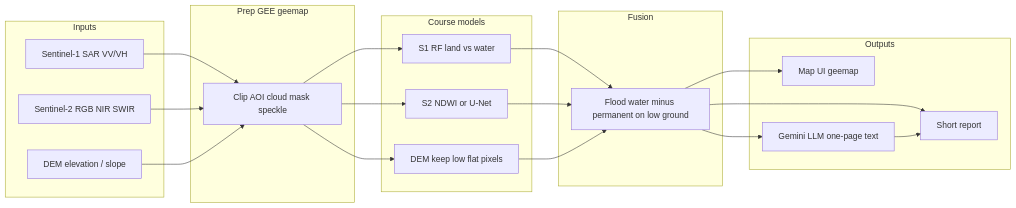
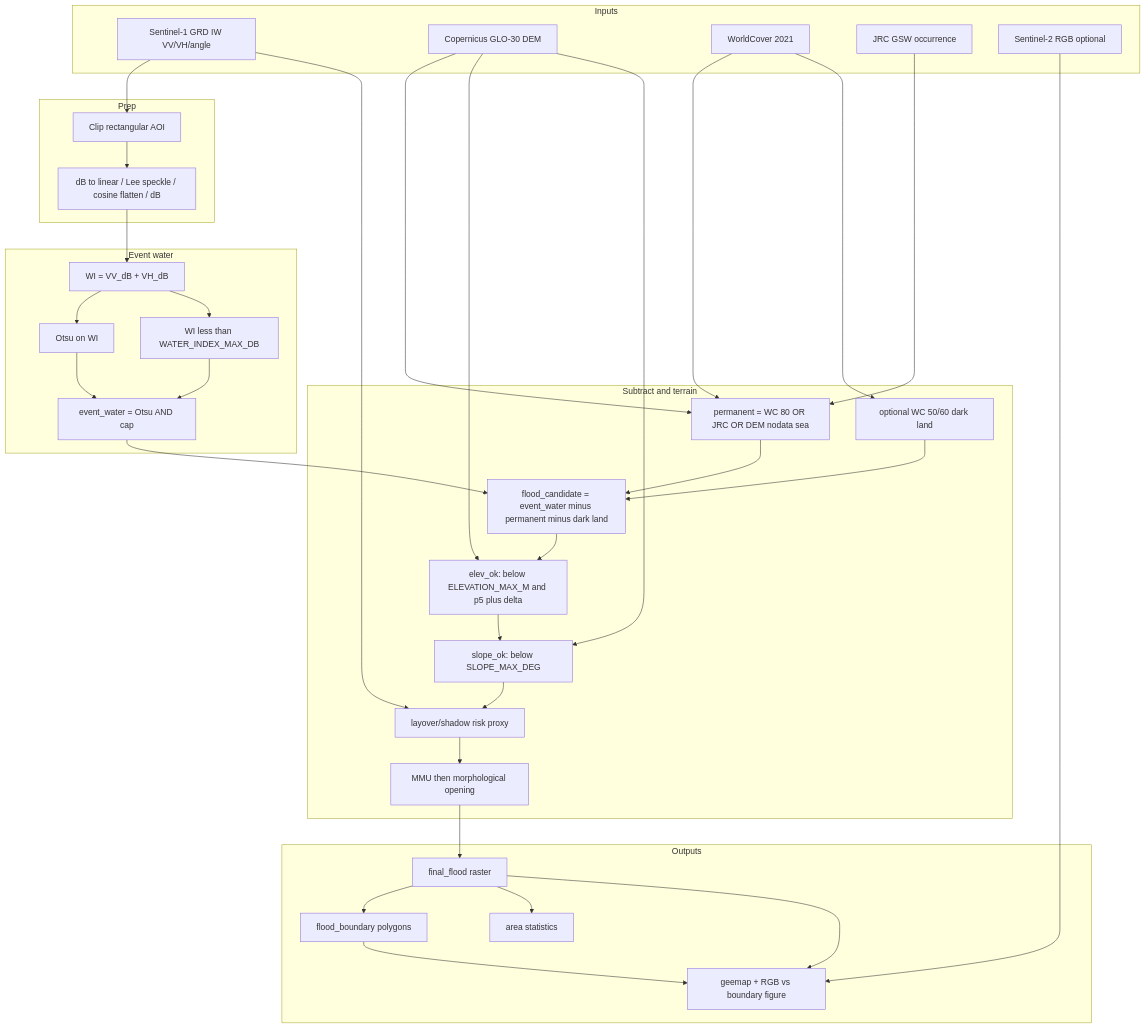
One commit to uoa-gis/GIS changed the diagram in README.md. Above: the diagram before and after it, drawn with Mermaid. The commit also changed other lines of this file and 3 other files, not shown here.

````diff
--- a/README.md
+++ b/README.md
@@ -46,37 +60,54 @@
 ```mermaid
-flowchart LR
+flowchart TD
   subgraph IN["Inputs"]
-    S1["Sentinel-1 SAR VV/VH"]
-    S2["Sentinel-2 RGB NIR SWIR"]
-    DEM["DEM elevation / slope"]
+    S1["Sentinel-1 GRD IW VV/VH/angle"]
+    DEM["Copernicus GLO-30 DEM"]
+    WC["WorldCover 2021"]
+    JRC["JRC GSW occurrence"]
+    S2["Sentinel-2 RGB optional"]
   end
-  subgraph PRE["Prep GEE geemap"]
-    A["Clip AOI cloud mask speckle"]
+  subgraph PRE["Prep"]
+    CLIP["Clip rectangular AOI"]
+    LEE["dB to linear / Lee speckle / cosine flatten / dB"]
   end
-  subgraph AI["Course models"]
-    B["S1 RF land vs water"]
-    C["S2 NDWI or U-Net"]
-    D["DEM keep low flat pixels"]
+  subgraph WTR["Event water"]
+    WI["WI = VV_dB + VH_dB"]
+    OTSU["Otsu on WI"]
+    CAP["WI less than WATER_INDEX_MAX_DB"]
+    EW["event_water = Otsu AND cap"]
   end
-  subgraph Fusion["Fusion"]
-    E["Flood water minus permanent on low ground"]
+  subgraph MASK["Subtract and terrain"]
+    PERM["permanent = WC 80 OR JRC OR DEM nodata sea"]
+    DARK["optional WC 50/60 dark land"]
+    CAND["flood_candidate = event_water minus permanent minus dark land"]
+    ELEV["elev_ok: below ELEVATION_MAX_M and p5 plus delta"]
+    SLP["slope_ok: below SLOPE_MAX_DEG"]
+    LAY["layover/shadow risk proxy"]
+    MMU["MMU then morphological opening"]
   end
   subgraph OUT["Outputs"]
-    M["Map UI geemap"]
-    R["Short report"]
-    L["Gemini LLM one-page text"]
+    FF["final_flood raster"]
+    POLY["flood_boundary polygons"]
+    STAT["area statistics"]
+    MAP["geemap + RGB vs boundary figure"]
   end
-  S1 --> A
-  S2 --> A
-  DEM --> A
-  A --> B
-  A --> C
-  A --> D
-  B --> E
-  C --> E
-  D --> E
-  E --> M
-  E --> R
-  E --> L
-  L --> R
+  S1 --> CLIP --> LEE --> WI
+  WI --> OTSU --> EW
+  WI --> CAP --> EW
+  WC --> PERM
+  JRC --> PERM
+  DEM --> PERM
+  WC --> DARK
+  EW --> CAND
+  PERM --> CAND
+  DARK --> CAND
+  DEM --> ELEV
+  DEM --> SLP
+  S1 --> LAY
+  CAND --> ELEV --> SLP --> LAY --> MMU --> FF
+  FF --> POLY
+  FF --> STAT
+  S2 --> MAP
+  FF --> MAP
+  POLY --> MAP
 ```
````
